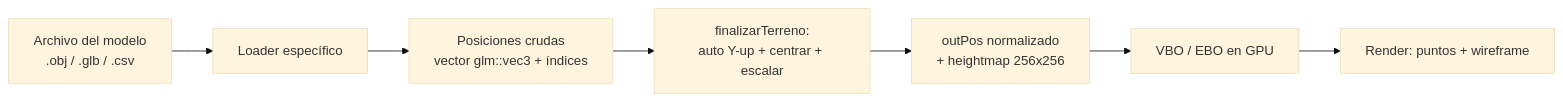
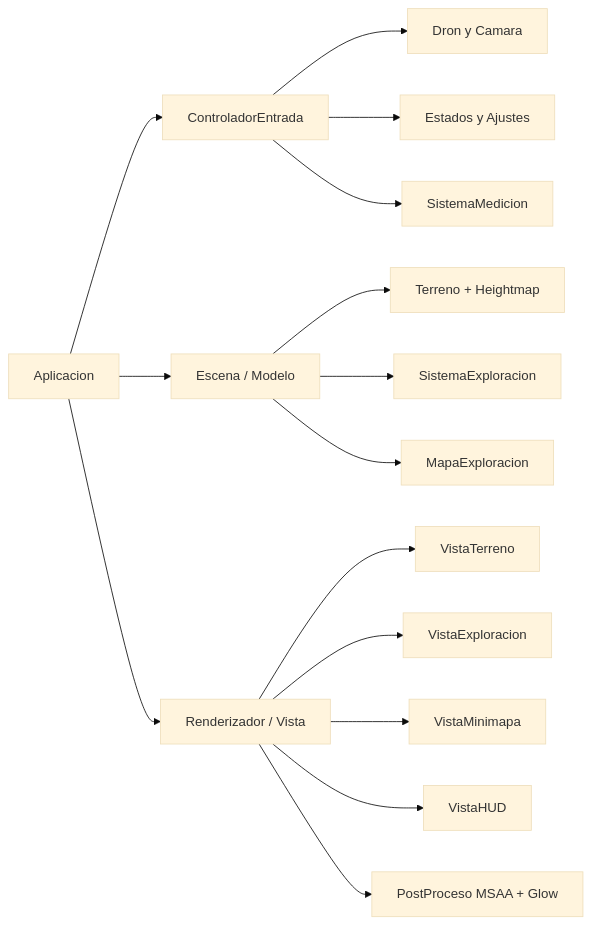
One commit to Jhony410/Simulador_Topografico changed the first of 2 diagrams in README.md. Above: the diagram before and after it, drawn with Mermaid (base theme). The commit also changed other lines of this file and 64 other files, not shown here.

````diff
--- a/README.md
+++ b/README.md
@@ -180,9 +69,17 @@
 ```mermaid
 flowchart LR
-    A[Archivo del modelo<br/>.obj / .glb / .csv] --> B[Loader específico]
-    B --> C[Posiciones crudas<br/>vector glm::vec3 + índices]
-    C --> D[finalizarTerreno:<br/>auto Y-up + centrar + escalar]
-    D --> E[outPos normalizado<br/>+ heightmap 256x256]
-    E --> F[VBO / EBO en GPU]
-    F --> G[Render: puntos + wireframe]
+    A[Aplicacion] --> C[ControladorEntrada]
+    A --> M[Escena / Modelo]
+    A --> R[Renderizador / Vista]
+    C --> D[Dron y Camara]
+    C --> E[Estados y Ajustes]
+    C --> X[SistemaMedicion]
+    M --> T[Terreno + Heightmap]
+    M --> S[SistemaExploracion]
+    M --> F[MapaExploracion]
+    R --> VT[VistaTerreno]
+    R --> VE[VistaExploracion]
+    R --> VM[VistaMinimapa]
+    R --> VH[VistaHUD]
+    R --> PP[PostProceso MSAA + Glow]
 ```
````
